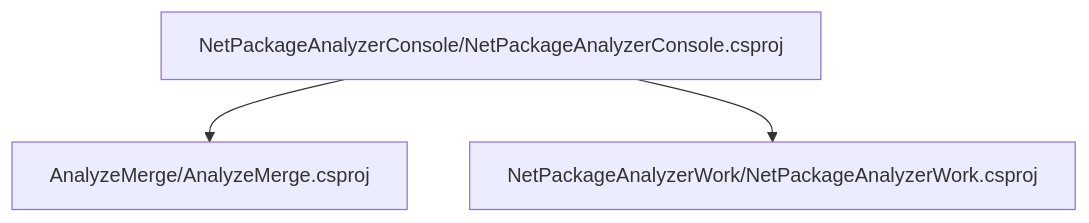
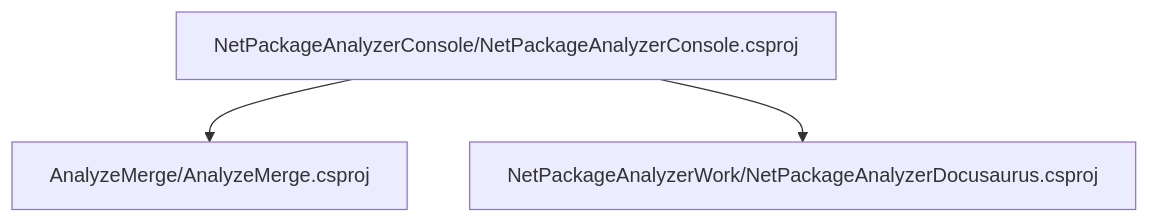
One commit to ignatandrei/PackageAnalyzer changed the first of 3 diagrams in src/documentation/docs/Analysis/NetPackageAnalyzer/Projects/NetPackageAnalyzerConsole/ProjectReferences.md. Above: the diagram before and after it, drawn with Mermaid. The commit also changed other lines of this file and 172 other files, not shown here.

````diff
--- a/src/documentation/docs/Analysis/NetPackageAnalyzer/Projects/NetPackageAnalyzerConsole/ProjectReferences.md
+++ b/src/documentation/docs/Analysis/NetPackageAnalyzer/Projects/NetPackageAnalyzerConsole/ProjectReferences.md
@@ -6,28 +6,28 @@
 ```mermaid
 graph TB    
 
 NetPackageAnalyzerConsole[NetPackageAnalyzerConsole/NetPackageAnalyzerConsole.csproj]
 
 %% find a way to interpret first the path
 %% click NetPackageAnalyzerConsole "pathname:///docs/Analysis/NetPackageAnalyzer/Projects/NetPackageAnalyzerConsole/ProjectReferences" "NetPackageAnalyzerConsole/NetPackageAnalyzerConsole.csproj"
 
 
 AnalyzeMerge[AnalyzeMerge/AnalyzeMerge.csproj]
 
 NetPackageAnalyzerConsole-->AnalyzeMerge
 
 %% find a way to interpret first the path
 %% click AnalyzeMerge "pathname:///docs/Analysis/NetPackageAnalyzer/Projects/AnalyzeMerge/ProjectReferences" "AnalyzeMerge/AnalyzeMerge.csproj"
 
 
 
-NetPackageAnalyzerWork[NetPackageAnalyzerWork/NetPackageAnalyzerWork.csproj]
+NetPackageAnalyzerDocusaurus[NetPackageAnalyzerWork/NetPackageAnalyzerDocusaurus.csproj]
 
-NetPackageAnalyzerConsole-->NetPackageAnalyzerWork
+NetPackageAnalyzerConsole-->NetPackageAnalyzerDocusaurus
 
 %% find a way to interpret first the path
-%% click NetPackageAnalyzerWork "pathname:///docs/Analysis/NetPackageAnalyzer/Projects/NetPackageAnalyzerWork/ProjectReferences" "NetPackageAnalyzerWork/NetPackageAnalyzerWork.csproj"
+%% click NetPackageAnalyzerDocusaurus "pathname:///docs/Analysis/NetPackageAnalyzer/Projects/NetPackageAnalyzerDocusaurus/ProjectReferences" "NetPackageAnalyzerWork/NetPackageAnalyzerDocusaurus.csproj"
 
 
 
 ```
````
